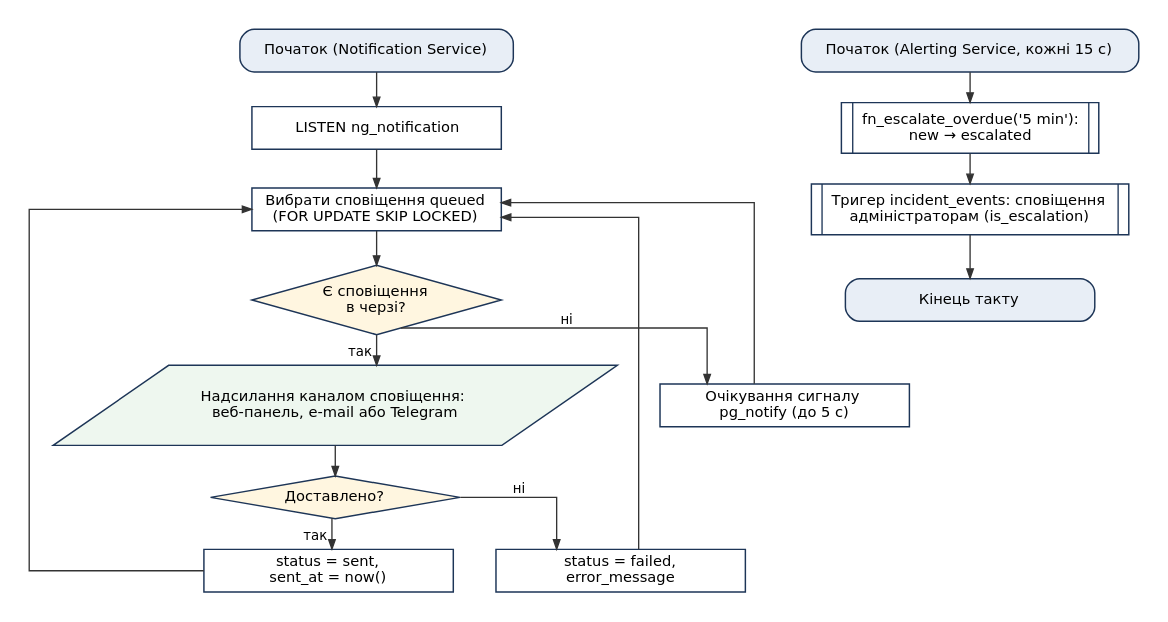
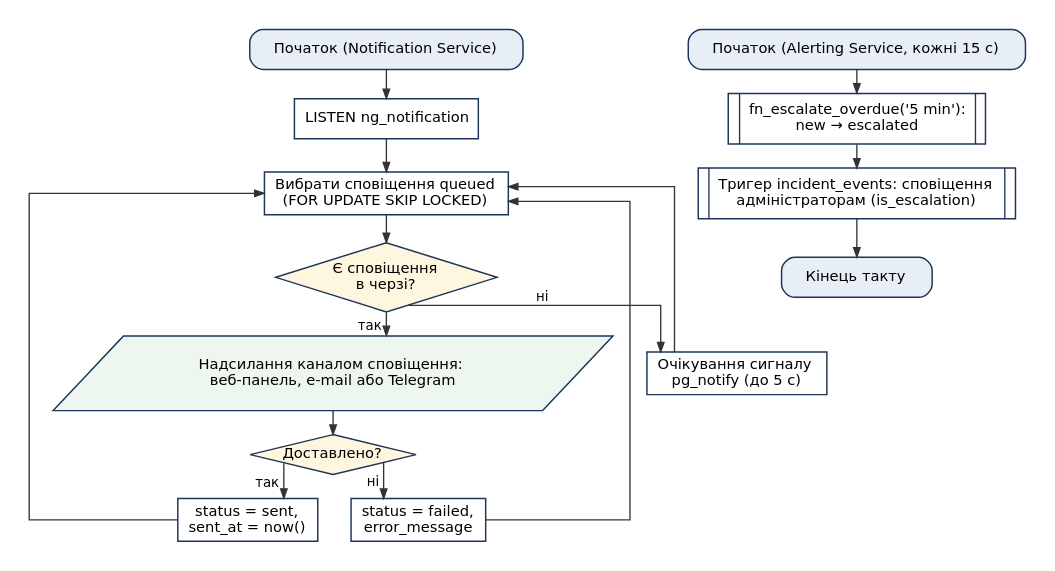
The diagram in docs/diagrams/src/flow_04_notify.dot (KrutoiPatsan13/laba1), drawn with Graphviz before and after one commit. The commit also changed 65 other files, not shown here.

```diff
--- a/docs/diagrams/src/flow_04_notify.dot
+++ b/docs/diagrams/src/flow_04_notify.dot
@@ -1,34 +1,34 @@
 digraph flow_04_notify {
-  graph [rankdir=TB, splines=ortho, nodesep=0.45, ranksep=0.32, fontname="DejaVu Sans", pad=0.2, forcelabels=true];
-  node [fontname="DejaVu Sans", fontsize=11, width=2.6, height=0.45, color="#1d3557", penwidth=1.1];
+  graph [rankdir=TB, splines=ortho, nodesep=0.35, ranksep=0.25, fontname="DejaVu Sans", pad=0.2, forcelabels=true];
+  node [fontname="DejaVu Sans", fontsize=11, width=1.3, height=0.42, color="#1d3557", penwidth=1.1];
   edge [fontname="DejaVu Sans", fontsize=10, color="#333333", arrowsize=0.7];
   n1 [shape=box, style="rounded,filled", fillcolor="#e8eef6", label=<Початок (Notification Service)>, margin="0.25,0.06"];
   n2 [shape=box, label=<LISTEN ng_notification>];
   n3 [shape=box, label=<Вибрати сповіщення queued<BR/>(FOR UPDATE SKIP LOCKED)>];
   n4 [shape=diamond, style=filled, fillcolor="#fff6e0", label=<Є сповіщення<BR/>в черзі?>, margin="0.02,0.02"];
-  n5 [shape=parallelogram, style=filled, fillcolor="#eef7ef", label=<Надсилання каналом сповіщення:<BR/>веб-панель, e-mail або Telegram>, margin="0.02,0.04"];
+  n5 [shape=polygon, sides=4, skew=0.3, style=filled, fillcolor="#eef7ef", label=<Надсилання каналом сповіщення:<BR/>веб-панель, e-mail або Telegram>, margin="0.06,0.03"];
   n6 [shape=diamond, style=filled, fillcolor="#fff6e0", label=<Доставлено?>, margin="0.02,0.02"];
   n7 [shape=box, label=<status = sent,<BR/>sent_at = now()>];
   n8 [shape=box, label=<status = failed,<BR/>error_message>];
   n9 [shape=box, label=<Очікування сигналу<BR/>pg_notify (до 5 с)>];
   n1 -> n2;
   n2 -> n3;
   n3 -> n4;
   n5 -> n6;
   n4 -> n5 [xlabel=" так "];
   n4 -> n9 [xlabel=" ні "];
   n6 -> n7 [xlabel=" так "];
   n6 -> n8 [xlabel=" ні "];
   n7 -> n3 [constraint=false];
   n8 -> n3 [constraint=false];
   n9 -> n3 [constraint=false];
   { rank=same; n7; n8; }
   n10 [shape=box, style="rounded,filled", fillcolor="#e8eef6", label=<Початок (Alerting Service, кожні 15 с)>, margin="0.25,0.06"];
   n11 [shape=box, margin=0, label=<<TABLE BORDER="0" CELLBORDER="0" CELLSPACING="0" CELLPADDING="0"><TR><TD WIDTH="8" BORDER="1" SIDES="R"></TD><TD CELLPADDING="7">fn_escalate_overdue('5 min'):<BR/>new → escalated</TD><TD WIDTH="8" BORDER="1" SIDES="L"></TD></TR></TABLE>>];
   n12 [shape=box, margin=0, label=<<TABLE BORDER="0" CELLBORDER="0" CELLSPACING="0" CELLPADDING="0"><TR><TD WIDTH="8" BORDER="1" SIDES="R"></TD><TD CELLPADDING="7">Тригер incident_events: сповіщення<BR/>адміністраторам (is_escalation)</TD><TD WIDTH="8" BORDER="1" SIDES="L"></TD></TR></TABLE>>];
   n13 [shape=box, style="rounded,filled", fillcolor="#e8eef6", label=<Кінець такту>, margin="0.25,0.06"];
   n10 -> n11;
   n11 -> n12;
   n12 -> n13;
   { rank=same; n1; n10; }
 }
```
